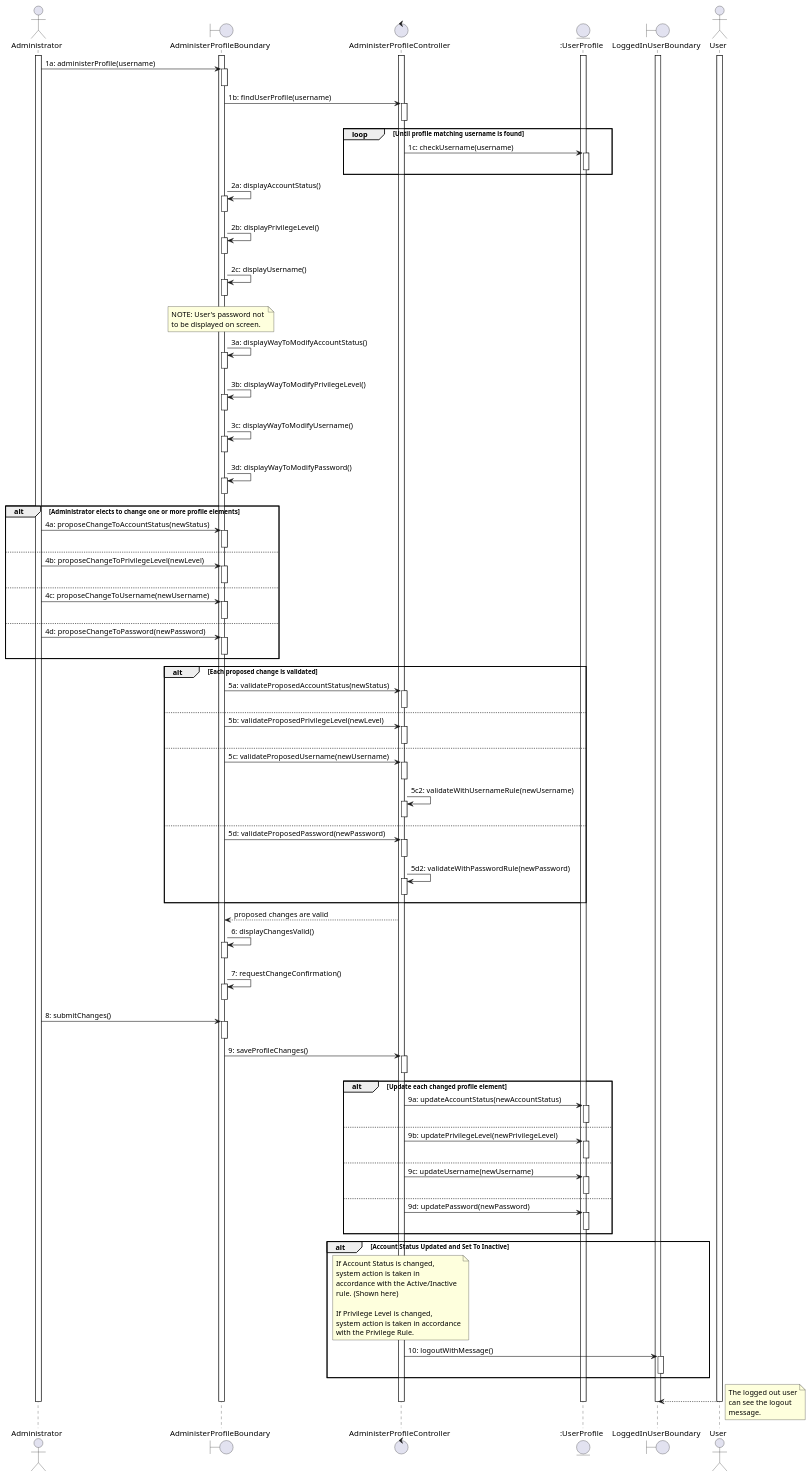
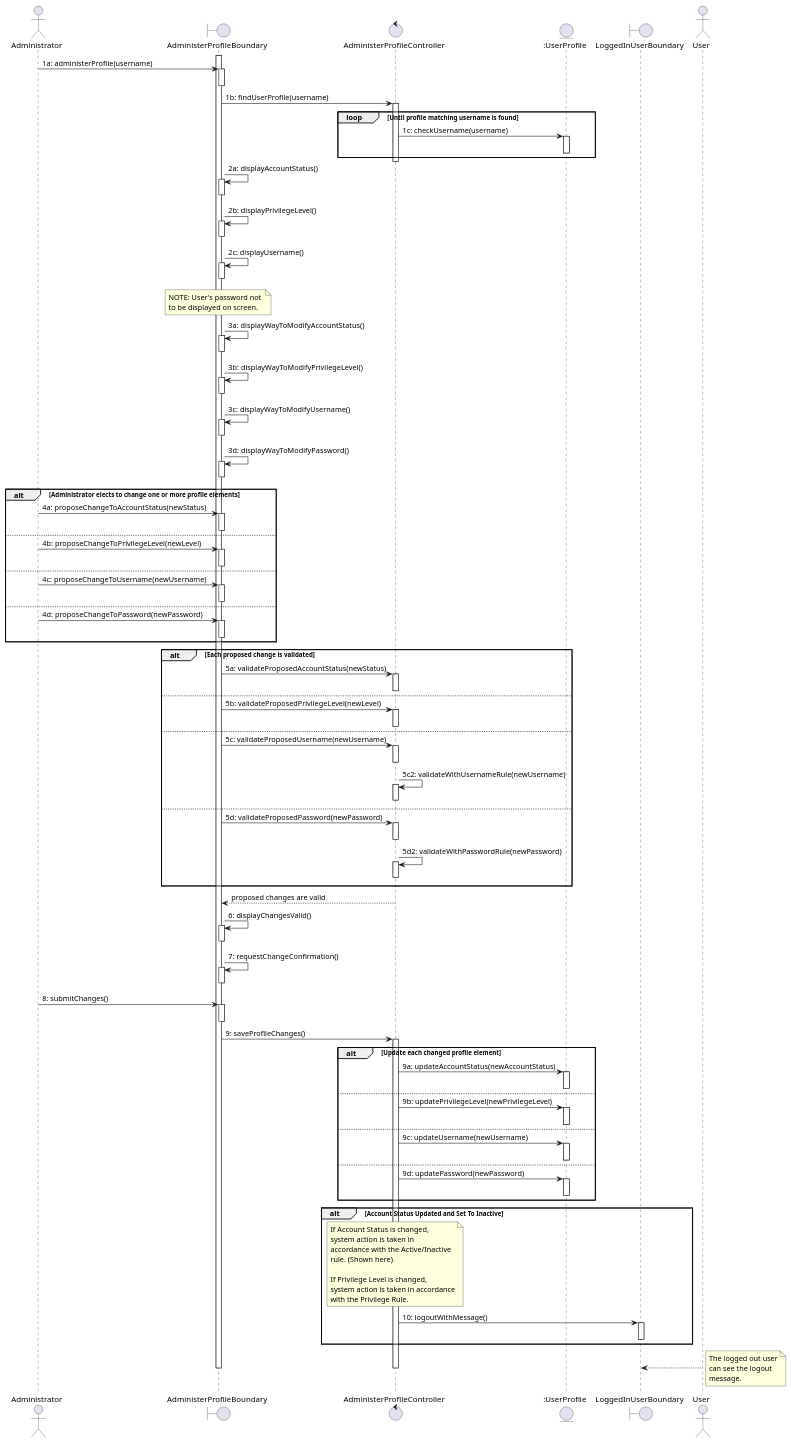
One commit to Lorilandly/ESN changed the diagram in docs/ooa/administer-user-profile/sequence.puml. Above: the diagram before and after it, drawn with PlantUML.

Commit message:
Small changes to lifetime bar

```diff
--- a/docs/ooa/administer-user-profile/sequence.puml
+++ b/docs/ooa/administer-user-profile/sequence.puml
@@ -1,168 +1,161 @@
 @startuml
 actor Administrator as a
 boundary AdministerProfileBoundary as ab
 control AdministerProfileController as ac
 entity ":UserProfile" as up
 boundary LoggedInUserBoundary as lu
 actor User as u
 
-activate a
 activate ab
-activate ac
-activate up
-activate lu
-activate u
 
 a -> ab: 1a: administerProfile(username)
 activate ab
 deactivate ab
 
 ab -> ac: 1b: findUserProfile(username)
 activate ac
-deactivate ac
 loop Until profile matching username is found
 ac -> up: 1c: checkUsername(username)
 activate up
 deactivate up
 end loop
+deactivate ac
 
 ab -> ab: 2a: displayAccountStatus()
 activate ab
 deactivate ab
 
 ab -> ab: 2b: displayPrivilegeLevel()
 activate ab
 deactivate ab
 
 ab -> ab: 2c: displayUsername()
 activate ab
 deactivate ab
 
 note over ab
 NOTE: User's password not 
 to be displayed on screen.
 end note
 
 ab -> ab: 3a: displayWayToModifyAccountStatus()
 activate ab
 deactivate ab
 
 ab -> ab: 3b: displayWayToModifyPrivilegeLevel()
 activate ab
 deactivate ab
 
 ab -> ab: 3c: displayWayToModifyUsername()
 activate ab
 deactivate ab
 
 ab -> ab: 3d: displayWayToModifyPassword()
 activate ab
 deactivate ab
 
 alt Administrator elects to change one or more profile elements
 a -> ab: 4a: proposeChangeToAccountStatus(newStatus)
 activate ab
 deactivate ab
 else
 a -> ab: 4b: proposeChangeToPrivilegeLevel(newLevel)
 activate ab
 deactivate ab
 else
 a -> ab: 4c: proposeChangeToUsername(newUsername)
 activate ab
 deactivate ab
 else
 a -> ab: 4d: proposeChangeToPassword(newPassword)
 activate ab
 deactivate ab
 end
 
 alt Each proposed change is validated
 ab -> ac: 5a: validateProposedAccountStatus(newStatus)
 activate ac
 deactivate ac
 else
 ab -> ac: 5b: validateProposedPrivilegeLevel(newLevel)
 activate ac
 deactivate ac
 else
 ab -> ac: 5c: validateProposedUsername(newUsername)
 activate ac
 deactivate ac
 ac -> ac: 5c2: validateWithUsernameRule(newUsername)
 activate ac
 deactivate ac
 else
 ab -> ac: 5d: validateProposedPassword(newPassword)
 activate ac
 deactivate ac
 ac -> ac: 5d2: validateWithPasswordRule(newPassword)
 activate ac
 deactivate ac
 end
 
 ac --> ab: proposed changes are valid
 ab -> ab: 6: displayChangesValid()
 activate ab
 deactivate ab
 ab -> ab: 7: requestChangeConfirmation()
 activate ab
 deactivate ab
 
 a -> ab: 8: submitChanges()
 activate ab
 deactivate ab
 
 ab -> ac: 9: saveProfileChanges()
 activate ac
-deactivate ac
 
 alt  Update each changed profile element
 ac -> up: 9a: updateAccountStatus(newAccountStatus)
 activate up
 deactivate up
 else
 ac -> up: 9b: updatePrivilegeLevel(newPrivilegeLevel)
 activate up
 deactivate up
 else
 ac -> up: 9c: updateUsername(newUsername)
 activate up
 deactivate up
 else
 ac -> up: 9d: updatePassword(newPassword)
 activate up
 deactivate up
 end
 
 alt Account Status Updated and Set To Inactive
 note over ac
 If Account Status is changed,
 system action is taken in 
 accordance with the Active/Inactive
 rule. (Shown here)
 
 If Privilege Level is changed,
 system action is taken in accordance
 with the Privilege Rule.
 end note
 
 ac -> lu: 10: logoutWithMessage()
 activate lu
 deactivate lu
 end
 u --> lu
 note right
 The logged out user
 can see the logout 
 message.
 end note
-
+deactivate ac
 deactivate up
 deactivate ab
 deactivate u
 deactivate ac
 deactivate lu
-deactivate a
 
 @enduml
```
